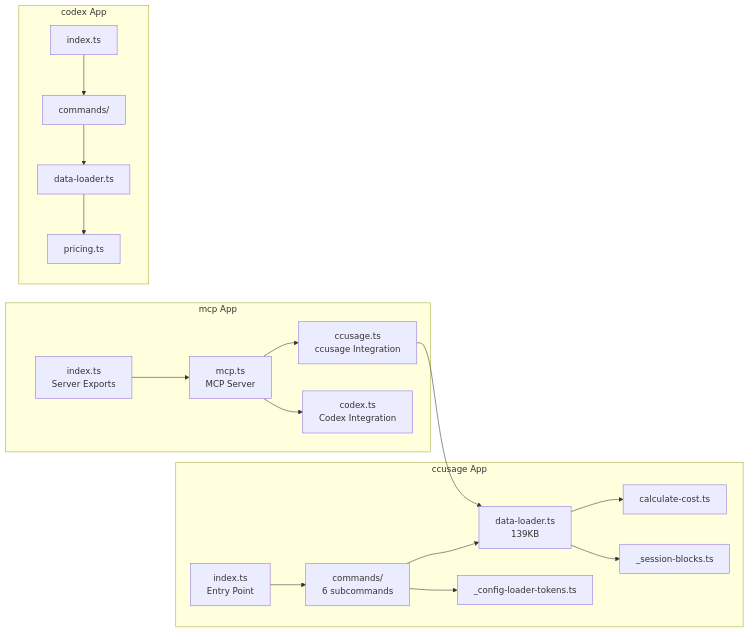
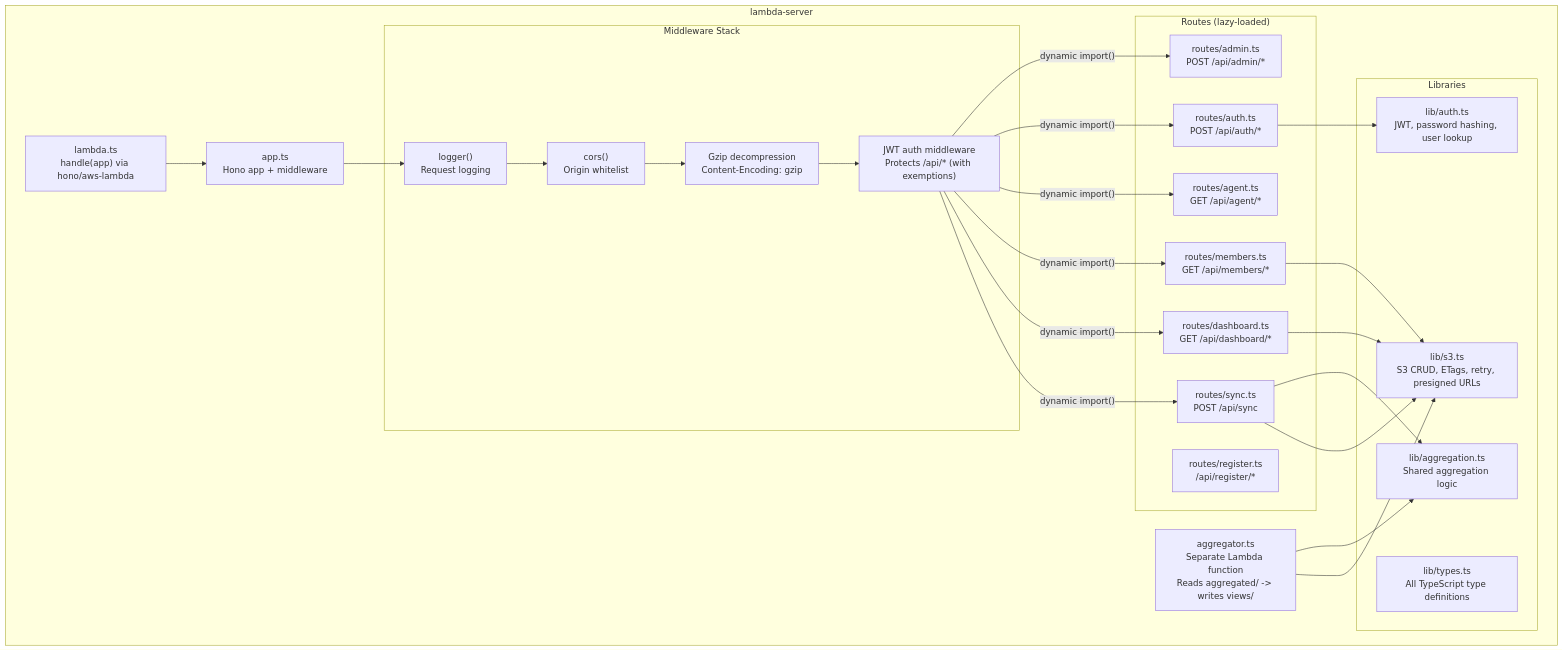
Before and after one commit to nathanp1112/ccusage-monitor: the fifth of 17 diagrams in docs/architecture.md, drawn with Mermaid. The commit also changed other lines of this file and 77 other files, not shown here.

````diff
--- a/docs/architecture.md
+++ b/docs/architecture.md
@@ -89,40 +253,51 @@
 ```mermaid
-graph LR
-    subgraph "ccusage App"
-        CC_INDEX["index.ts<br/>Entry Point"]
-        CC_COMMANDS["commands/<br/>6 subcommands"]
-        CC_LOADER["data-loader.ts<br/>139KB"]
-        CC_CALC["calculate-cost.ts"]
-        CC_CONFIG["_config-loader-tokens.ts"]
-        CC_BLOCKS["_session-blocks.ts"]
+graph TB
+    subgraph "lambda-server"
+        LAMBDA_HANDLER["lambda.ts<br/>handle(app) via hono/aws-lambda"]
+        APP["app.ts<br/>Hono app + middleware"]
+
+        subgraph "Middleware Stack"
+            LOGGER_MW["logger()<br/>Request logging"]
+            CORS_MW["cors()<br/>Origin whitelist"]
+            GZIP_MW["Gzip decompression<br/>Content-Encoding: gzip"]
+            JWT_MW["JWT auth middleware<br/>Protects /api/* (with exemptions)"]
+        end
+
+        subgraph "Routes (lazy-loaded)"
+            SYNC_ROUTE["routes/sync.ts<br/>POST /api/sync"]
+            DASHBOARD_ROUTE["routes/dashboard.ts<br/>GET /api/dashboard/*"]
+            MEMBERS_ROUTE["routes/members.ts<br/>GET /api/members/*"]
+            AGENT_ROUTE["routes/agent.ts<br/>GET /api/agent/*"]
+            AUTH_ROUTE["routes/auth.ts<br/>POST /api/auth/*"]
+            ADMIN_ROUTE["routes/admin.ts<br/>POST /api/admin/*"]
+            REGISTER_ROUTE["routes/register.ts<br/>/api/register/*"]
+        end
+
+        subgraph "Libraries"
+            S3_LIB["lib/s3.ts<br/>S3 CRUD, ETags, retry, presigned URLs"]
+            TYPES_LIB["lib/types.ts<br/>All TypeScript type definitions"]
+            AUTH_LIB["lib/auth.ts<br/>JWT, password hashing, user lookup"]
+            AGG_LIB["lib/aggregation.ts<br/>Shared aggregation logic"]
+        end
+
+        AGGREGATOR["aggregator.ts<br/>Separate Lambda function<br/>Reads aggregated/ -> writes views/"]
     end
 
-    subgraph "mcp App"
-        MCP_INDEX["index.ts<br/>Server Exports"]
-        MCP_MAIN["mcp.ts<br/>MCP Server"]
-        MCP_CC["ccusage.ts<br/>ccusage Integration"]
-        MCP_CODEX["codex.ts<br/>Codex Integration"]
-    end
+    LAMBDA_HANDLER --> APP
+    APP --> LOGGER_MW --> CORS_MW --> GZIP_MW --> JWT_MW
 
-    subgraph "codex App"
-        CDX_INDEX["index.ts"]
-        CDX_LOADER["data-loader.ts"]
-        CDX_PRICING["pricing.ts"]
-        CDX_COMMANDS["commands/"]
-    end
+    JWT_MW -->|"dynamic import()"| SYNC_ROUTE
+    JWT_MW -->|"dynamic import()"| DASHBOARD_ROUTE
+    JWT_MW -->|"dynamic import()"| MEMBERS_ROUTE
+    JWT_MW -->|"dynamic import()"| AGENT_ROUTE
+    JWT_MW -->|"dynamic import()"| AUTH_ROUTE
+    JWT_MW -->|"dynamic import()"| ADMIN_ROUTE
 
-    CC_INDEX --> CC_COMMANDS
-    CC_COMMANDS --> CC_LOADER
-    CC_LOADER --> CC_CALC
-    CC_COMMANDS --> CC_CONFIG
-    CC_LOADER --> CC_BLOCKS
-
-    MCP_INDEX --> MCP_MAIN
-    MCP_MAIN --> MCP_CC
-    MCP_MAIN --> MCP_CODEX
-    MCP_CC --> CC_LOADER
-
-    CDX_INDEX --> CDX_COMMANDS
-    CDX_COMMANDS --> CDX_LOADER
-    CDX_LOADER --> CDX_PRICING
+    SYNC_ROUTE --> S3_LIB
+    SYNC_ROUTE --> AGG_LIB
+    DASHBOARD_ROUTE --> S3_LIB
+    MEMBERS_ROUTE --> S3_LIB
+    AUTH_ROUTE --> AUTH_LIB
+    AGGREGATOR --> S3_LIB
+    AGGREGATOR --> AGG_LIB
 ```
````
